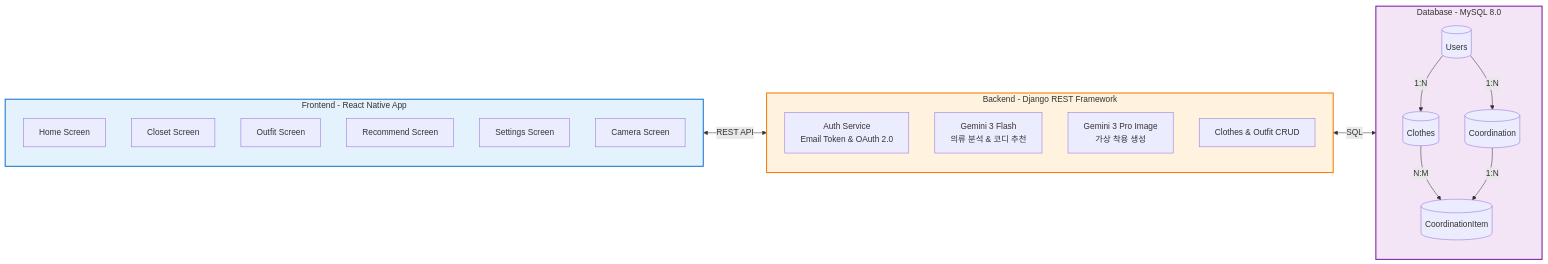
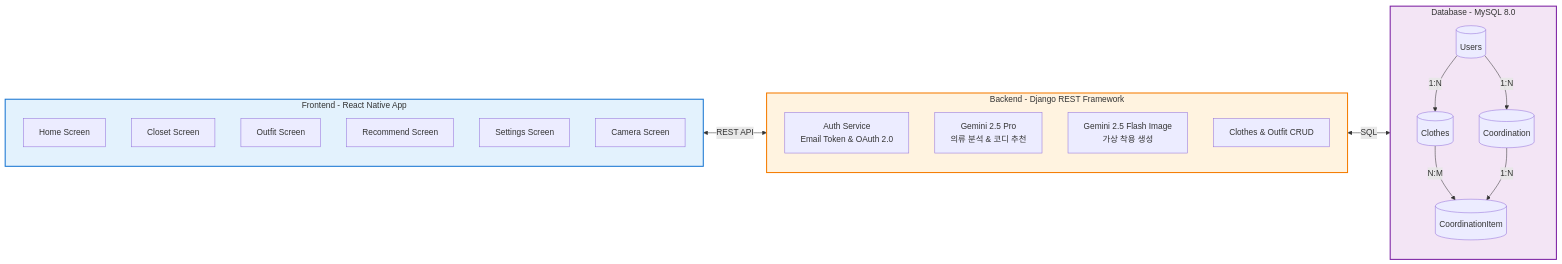
One commit to deltaomega02/orbit changed the first of 2 diagrams in README.md. Above: the diagram before and after it, drawn with Mermaid. The commit also changed other lines of this file and 4 other files, not shown here.

First line of the commit message:
fix: Orbit 졸업작품(2025) 실제 사용 모델로 정정 — Gemini 2.5 Pro / 2.5 Flash Image(나노바나나)

````diff
--- a/README.md
+++ b/README.md
@@ -137,40 +137,40 @@
 ```mermaid
 flowchart LR
     subgraph Client["Frontend - React Native App"]
         direction TB
         A1[Home Screen]
         A2[Closet Screen]
         A3[Outfit Screen]
         A4[Recommend Screen]
         A5[Settings Screen]
         A6[Camera Screen]
     end
 
     subgraph Server["Backend - Django REST Framework"]
         direction TB
         B1[Auth Service<br/>Email Token & OAuth 2.0]
-        B2[Gemini 3 Flash<br/>의류 분석 & 코디 추천]
-        B3[Gemini 3 Pro Image<br/>가상 착용 생성]
+        B2[Gemini 2.5 Pro<br/>의류 분석 & 코디 추천]
+        B3[Gemini 2.5 Flash Image<br/>가상 착용 생성]
         B4[Clothes & Outfit CRUD]
     end
 
     subgraph DB["Database - MySQL 8.0"]
         direction TB
         C1[(Users)]
         C2[(Clothes)]
         C3[(Coordination)]
         C4[(CoordinationItem)]
     end
 
     Client <-->|REST API| Server
     Server <-->|SQL| DB
 
     C1 -->|1:N| C2
     C1 -->|1:N| C3
     C2 -->|N:M| C4
     C3 -->|1:N| C4
 
     style Client fill:#e3f2fd,stroke:#1976d2,stroke-width:2px
     style Server fill:#fff3e0,stroke:#f57c00,stroke-width:2px
     style DB fill:#f3e5f5,stroke:#7b1fa2,stroke-width:2px
 ```
````
